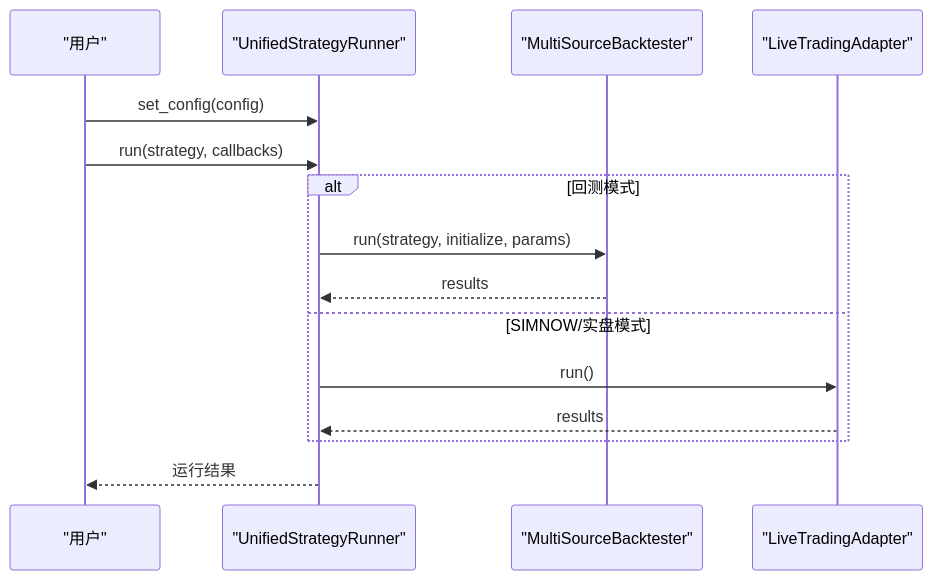
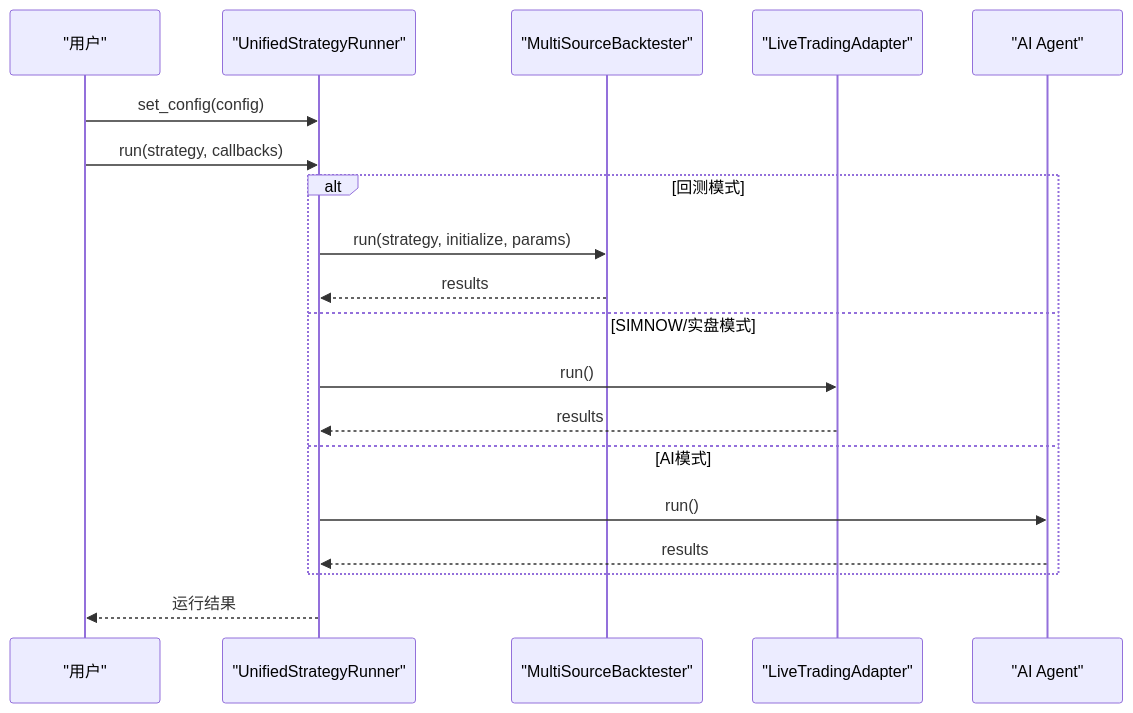
One commit to maxtwoon/ssquant changed the third of 9 diagrams in .qoder/repowiki/zh/content/项目概述/项目结构.md. Above: the diagram before and after it, drawn with Mermaid. The commit also changed other lines of this file and 21 other files, not shown here.

````diff
--- a/.qoder/repowiki/zh/content/项目概述/项目结构.md
+++ b/.qoder/repowiki/zh/content/项目概述/项目结构.md
@@ -158,17 +189,21 @@
 ```mermaid
 sequenceDiagram
 participant User as "用户"
 participant Runner as "UnifiedStrategyRunner"
 participant Backtest as "MultiSourceBacktester"
 participant Live as "LiveTradingAdapter"
+participant AI as "AI Agent"
 User->>Runner : set_config(config)
 User->>Runner : run(strategy, callbacks)
 alt 回测模式
 Runner->>Backtest : run(strategy, initialize, params)
 Backtest-->>Runner : results
 else SIMNOW/实盘模式
 Runner->>Live : run()
 Live-->>Runner : results
+else AI模式
+Runner->>AI : run()
+AI-->>Runner : results
 end
 Runner-->>User : 运行结果
 ```
````
